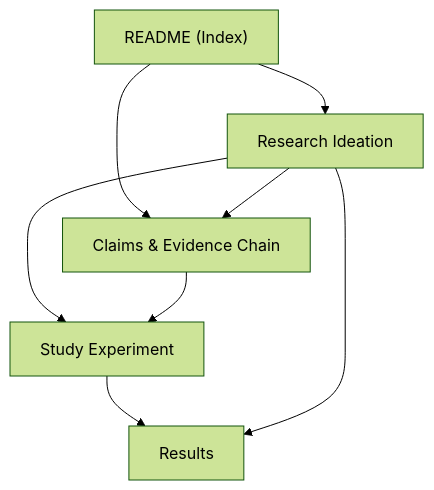
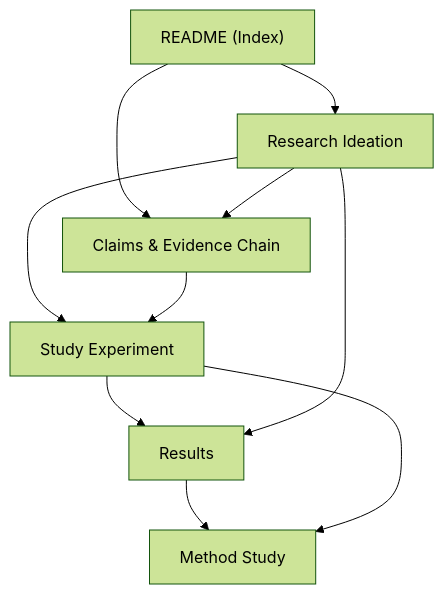
One commit to suryamanoj4/MLLM-quantization-research changed the diagram in obsidian-docs/README.md. Above: the diagram before and after it, drawn with Mermaid (forest theme). The commit also changed other lines of this file and 4 other files, not shown here.

First line of the commit message:
docs: add Method Study results to vault, fix stale statuses

````diff
--- a/obsidian-docs/README.md
+++ b/obsidian-docs/README.md
@@ -19,10 +19,12 @@
 ```mermaid
 graph TD
     A["README (Index)"] --> B["Research Ideation"]
     A --> E["Claims & Evidence Chain"]
     B --> E
     B --> C["Study Experiment"]
     C --> D["Results"]
     B --> D
     E --> C
+    D --> M["Method Study"]
+    C --> M
 ```
````
